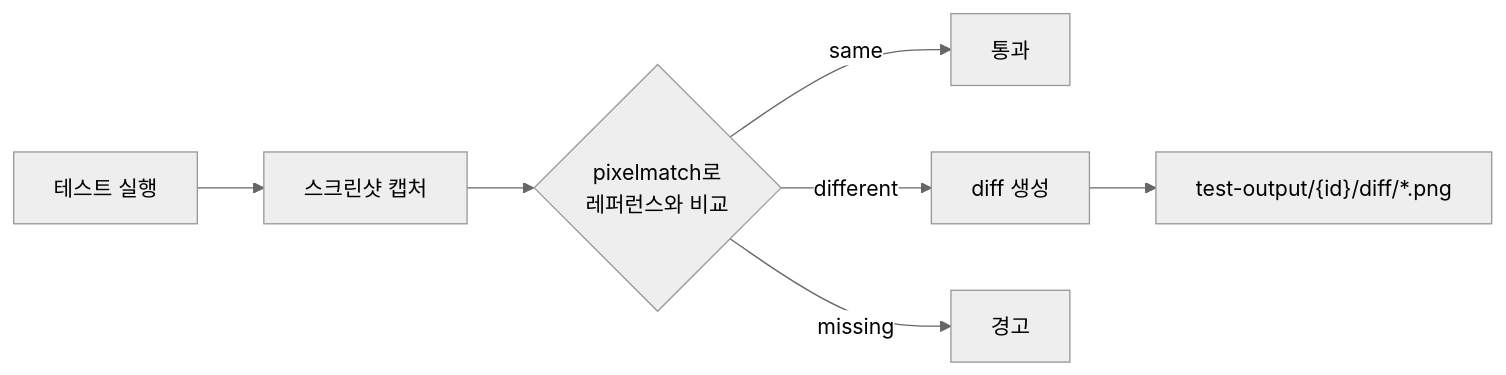
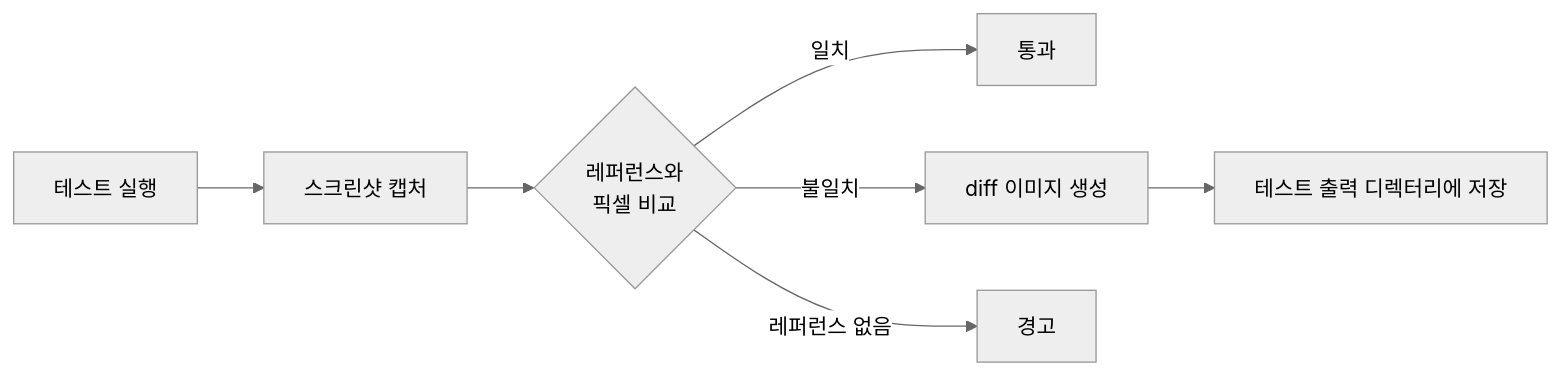
The fourth of 7 diagrams in docs/galata-technical-overview.md (lks21c/galata), drawn with Mermaid (neutral theme) before and after one commit. The commit also changed other lines of this file, not shown here.

````diff
--- a/docs/galata-technical-overview.md
+++ b/docs/galata-technical-overview.md
@@ -265,9 +169,9 @@
 ```mermaid
 flowchart LR
     A[테스트 실행] --> B[스크린샷 캡처]
-    B --> C{pixelmatch로<br/>레퍼런스와 비교}
-    C -->|same| D[통과]
-    C -->|different| E[diff 생성]
-    C -->|missing| F[경고]
-    E --> G["test-output/{id}/diff/*.png"]
+    B --> C{레퍼런스와<br/>픽셀 비교}
+    C -->|일치| D[통과]
+    C -->|불일치| E[diff 이미지 생성]
+    C -->|레퍼런스 없음| F[경고]
+    E --> G[테스트 출력 디렉터리에 저장]
 ```
````
